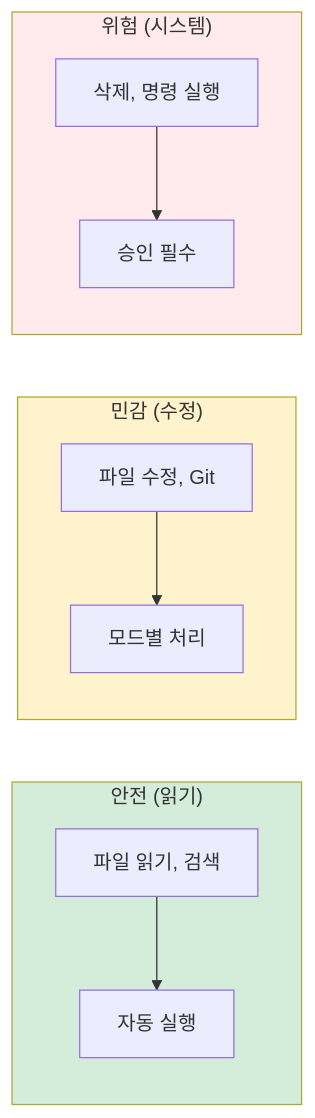
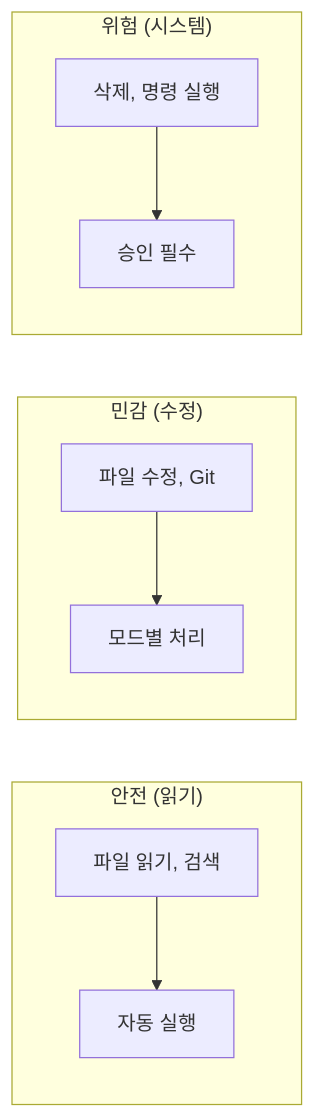
The fifth of 6 diagrams in appendix-a/A01.md (Kanghyeop/pages-book-agent101), drawn with Mermaid before and after one commit. The commit also changed other lines of this file and 3 other files, not shown here.

First line of the commit message:
Mermaid 호환성 수정 동기화

````diff
--- a/appendix-a/A01.md
+++ b/appendix-a/A01.md
@@ -252,18 +238,14 @@
 ```mermaid
 flowchart LR
     subgraph Safe["안전 (읽기)"]
         S1["파일 읽기, 검색"] --> S2["자동 실행"]
     end
 
     subgraph Medium["민감 (수정)"]
         M1["파일 수정, Git"] --> M2["모드별 처리"]
     end
 
     subgraph Danger["위험 (시스템)"]
         D1["삭제, 명령 실행"] --> D2["승인 필수"]
     end
-
-    style Safe fill:#D4EDDA
-    style Medium fill:#FFF3CD
-    style Danger fill:#FFEBEE
 ```
````
